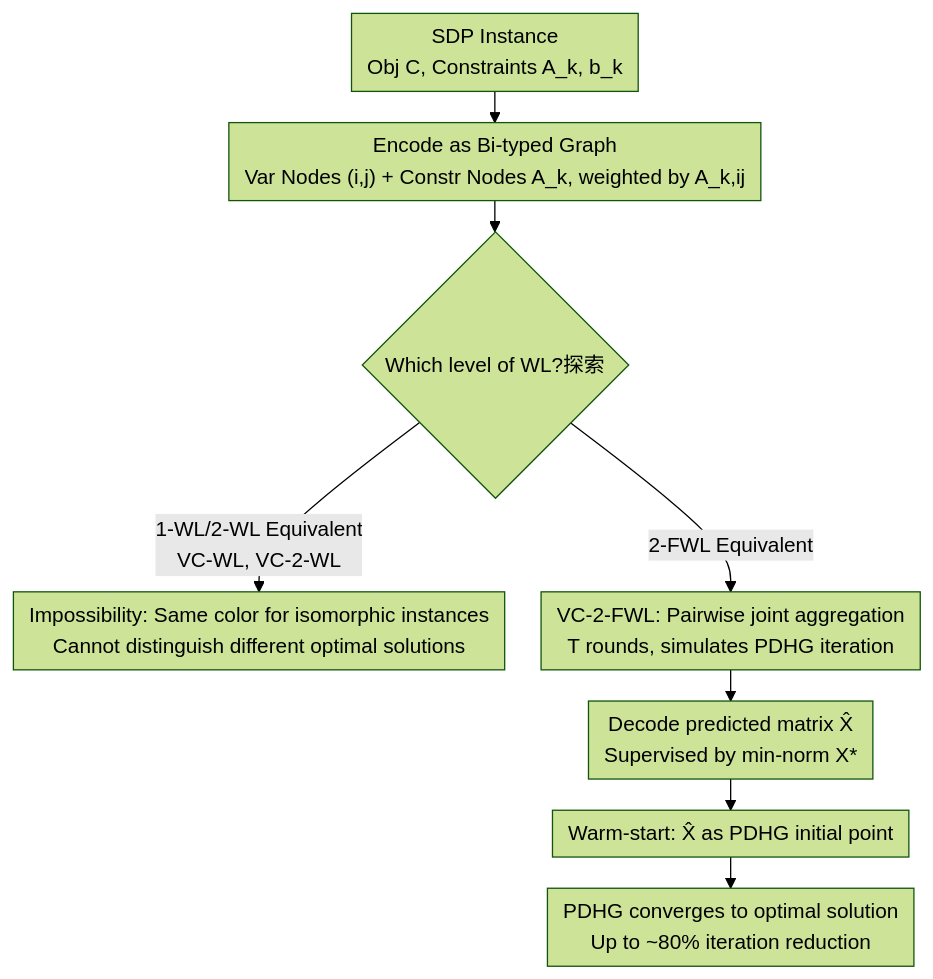
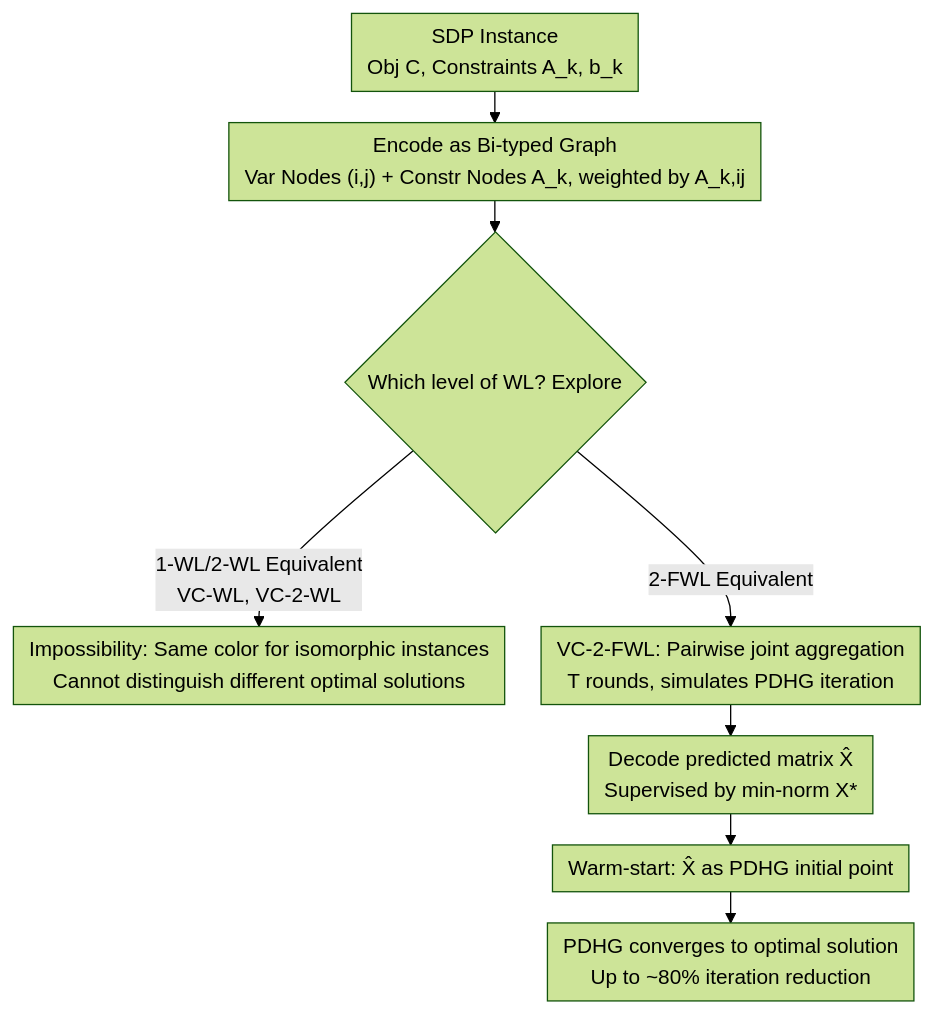
Before and after one commit to zhaoyang97/Paper-Notes-en: the diagram in docs/ICML2026/optimization/on_the_expressive_power_of_gnns_to_solve_linear_sdps.md, drawn with Mermaid (forest theme). The commit also changed 644 other files, not shown here.

````diff
--- a/docs/ICML2026/optimization/on_the_expressive_power_of_gnns_to_solve_linear_sdps.md
+++ b/docs/ICML2026/optimization/on_the_expressive_power_of_gnns_to_solve_linear_sdps.md
@@ -48,11 +48,11 @@
 ```mermaid
 %%{init: {'flowchart': {'rankSpacing': 24, 'nodeSpacing': 28, 'padding': 6, 'wrappingWidth': 400}}}%%
 flowchart TD
     A["SDP Instance<br/>Obj C, Constraints A_k, b_k"] --> B["Encode as Bi-typed Graph<br/>Var Nodes (i,j) + Constr Nodes A_k, weighted by A_k,ij"]
-    B --> C{"Which level of WL?探索"}
+    B --> C{"Which level of WL? Explore"}
     C -->|"1-WL/2-WL Equivalent<br/>VC-WL, VC-2-WL"| X["Impossibility: Same color for isomorphic instances<br/>Cannot distinguish different optimal solutions"]
     C -->|"2-FWL Equivalent"| D["VC-2-FWL: Pairwise joint aggregation<br/>T rounds, simulates PDHG iteration"]
     D --> E["Decode predicted matrix X̂<br/>Supervised by min-norm X*"]
     E --> F["Warm-start: X̂ as PDHG initial point"]
     F --> G["PDHG converges to optimal solution<br/>Up to ~80% iteration reduction"]
 ```
````
